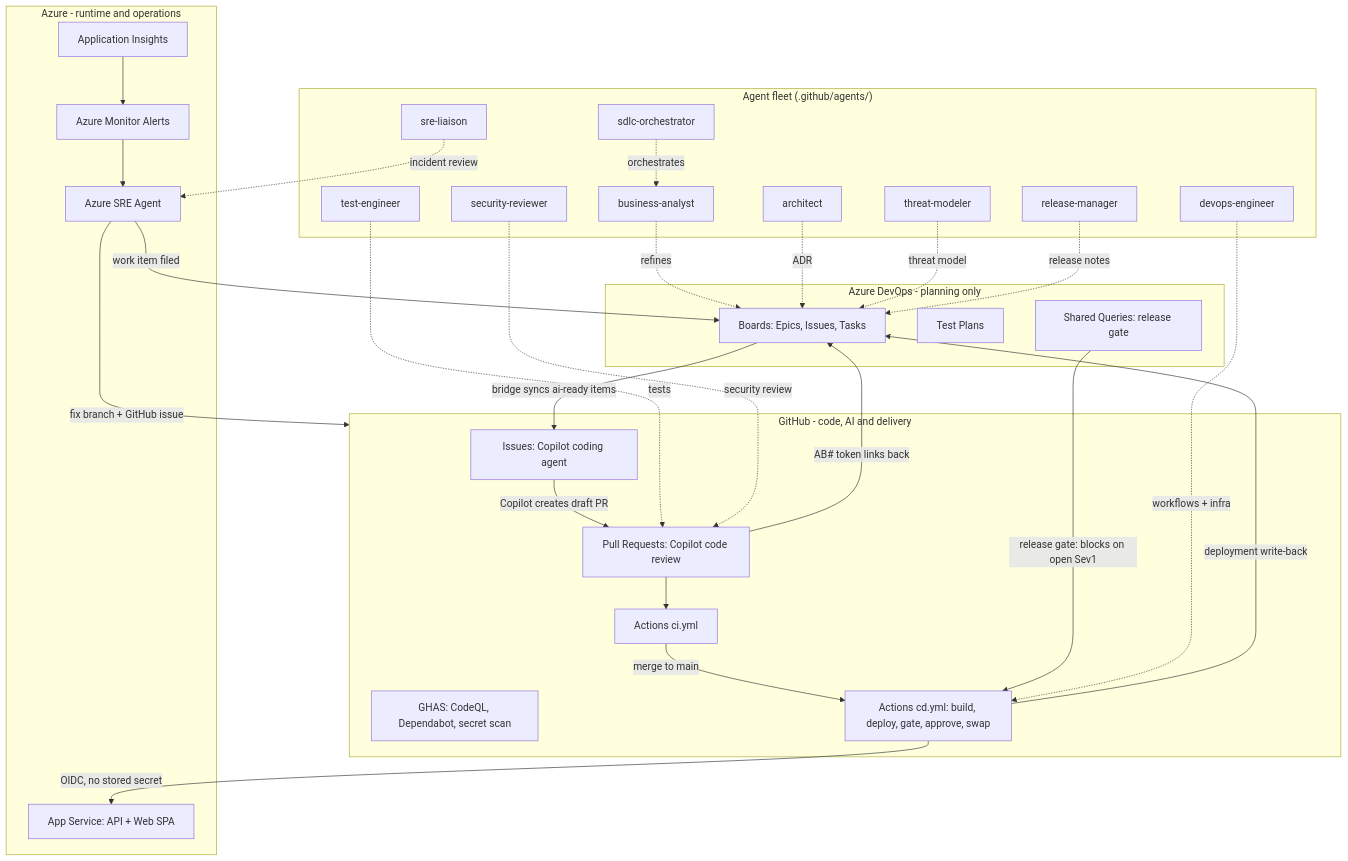
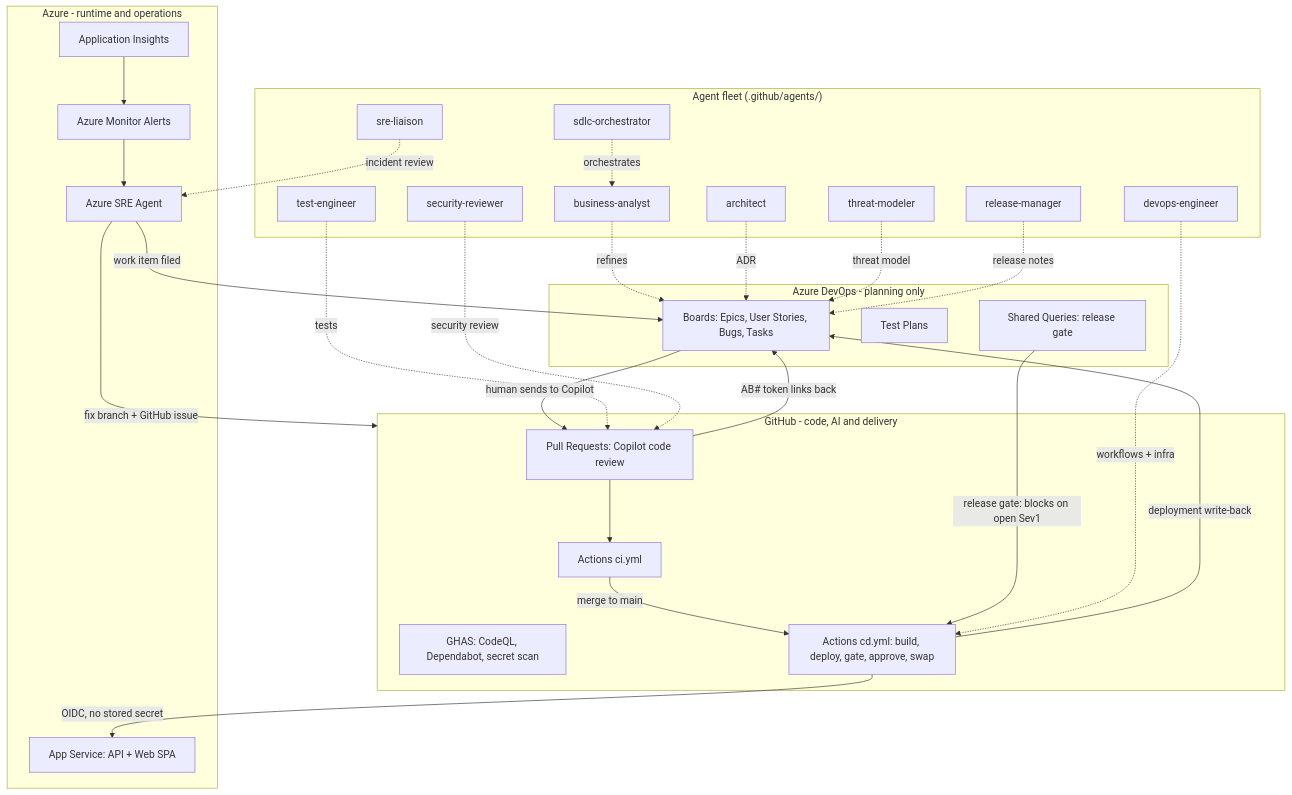
The diagram in README.md (melrasheed/contoso-claims-agentic-sdlc), drawn with Mermaid before and after one commit. The commit also changed other lines of this file and 27 other files, not shown here.

````diff
--- a/README.md
+++ b/README.md
@@ -13,58 +13,56 @@
 ```mermaid
 flowchart TB
     subgraph ADO ["Azure DevOps - planning only"]
-        Boards["Boards: Epics, Issues, Tasks"]
+        Boards["Boards: Epics, User Stories, Bugs, Tasks"]
         TestPlans["Test Plans"]
         Queries["Shared Queries: release gate"]
     end
 
     subgraph GH ["GitHub - code, AI and delivery"]
-        Issues["Issues: Copilot coding agent"]
         PRs["Pull Requests: Copilot code review"]
         GHAS["GHAS: CodeQL, Dependabot, secret scan"]
         CI["Actions ci.yml"]
         CD["Actions cd.yml: build, deploy, gate, approve, swap"]
     end
 
     subgraph AZ ["Azure - runtime and operations"]
         AppSvc["App Service: API + Web SPA"]
         AppInsights["Application Insights"]
         Alerts["Azure Monitor Alerts"]
         SRE["Azure SRE Agent"]
     end
 
     subgraph Agents ["Agent fleet (.github/agents/)"]
         Orch["sdlc-orchestrator"]
         BA["business-analyst"]
         Arch["architect"]
         TM["threat-modeler"]
         TE["test-engineer"]
         SR["security-reviewer"]
         DE["devops-engineer"]
         RM["release-manager"]
         SL["sre-liaison"]
     end
 
-    Boards -- "bridge syncs ai-ready items" --> Issues
-    Issues -- "Copilot creates draft PR" --> PRs
+    Boards -- "human sends to Copilot" --> PRs
     PRs -- "AB# token links back" --> Boards
     PRs --> CI
     CI -- "merge to main" --> CD
     Queries -- "release gate: blocks on open Sev1" --> CD
     CD -- "OIDC, no stored secret" --> AppSvc
     CD -- "deployment write-back" --> Boards
     AppInsights --> Alerts
     Alerts --> SRE
     SRE -- "fix branch + GitHub issue" --> GH
     SRE -- "work item filed" --> Boards
 
     Orch -.->|orchestrates| BA
     BA -.->|refines| Boards
     Arch -.->|ADR| Boards
     TM -.->|threat model| Boards
     TE -.->|tests| PRs
     SR -.->|security review| PRs
     DE -.->|workflows + infra| CD
     RM -.->|release notes| Boards
     SL -.->|incident review| SRE
 ```
````
